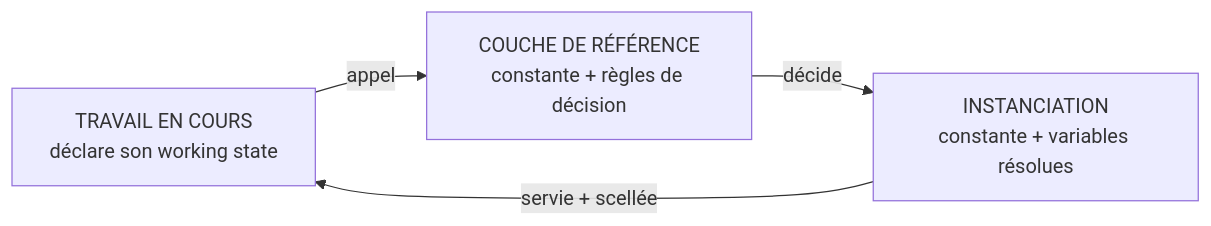
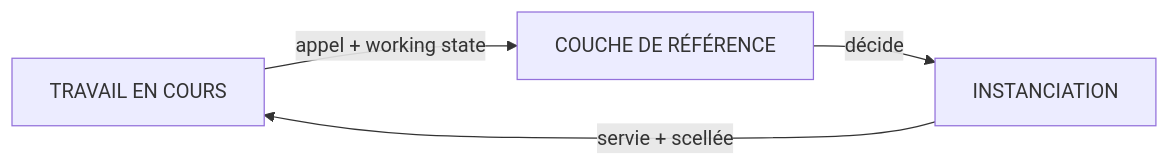
The diagram in fiches/INSTANTIATION.md (JP-Noto/WORKING-REFERENCE), drawn with Mermaid before and after one commit. The commit also changed 3 other files, not shown here.

Commit message:
Schemas : libelles une ligne (le rendu GitHub concatenait les multi-lignes), disposition verticale du schema principal, legendes de lecture ; aucun contenu doctrinal modifie

````diff
--- a/fiches/INSTANTIATION.md
+++ b/fiches/INSTANTIATION.md
@@ -19,6 +19,6 @@
 ```mermaid
 flowchart LR
-    W["TRAVAIL EN COURS<br/>déclare son working state"] -- "appel" --> RL["COUCHE DE RÉFÉRENCE<br/>constante + règles de décision"]
-    RL -- "décide" --> I["INSTANCIATION<br/>constante + variables résolues"]
-    I -- "servie + scellée" --> W
+    W["TRAVAIL EN COURS"] -->|"appel + working state"| RL["COUCHE DE RÉFÉRENCE"]
+    RL -->|"décide"| I["INSTANCIATION"]
+    I -->|"servie + scellée"| W
 ```
````
